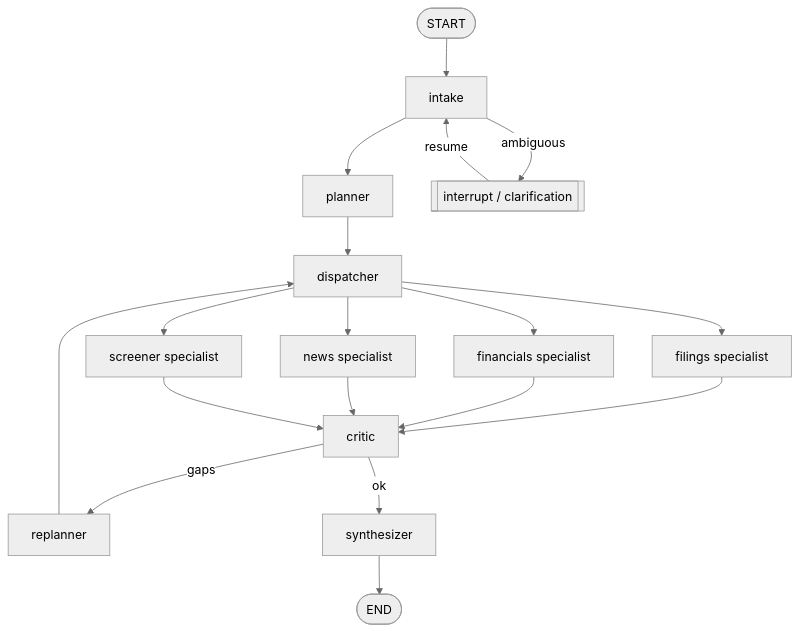
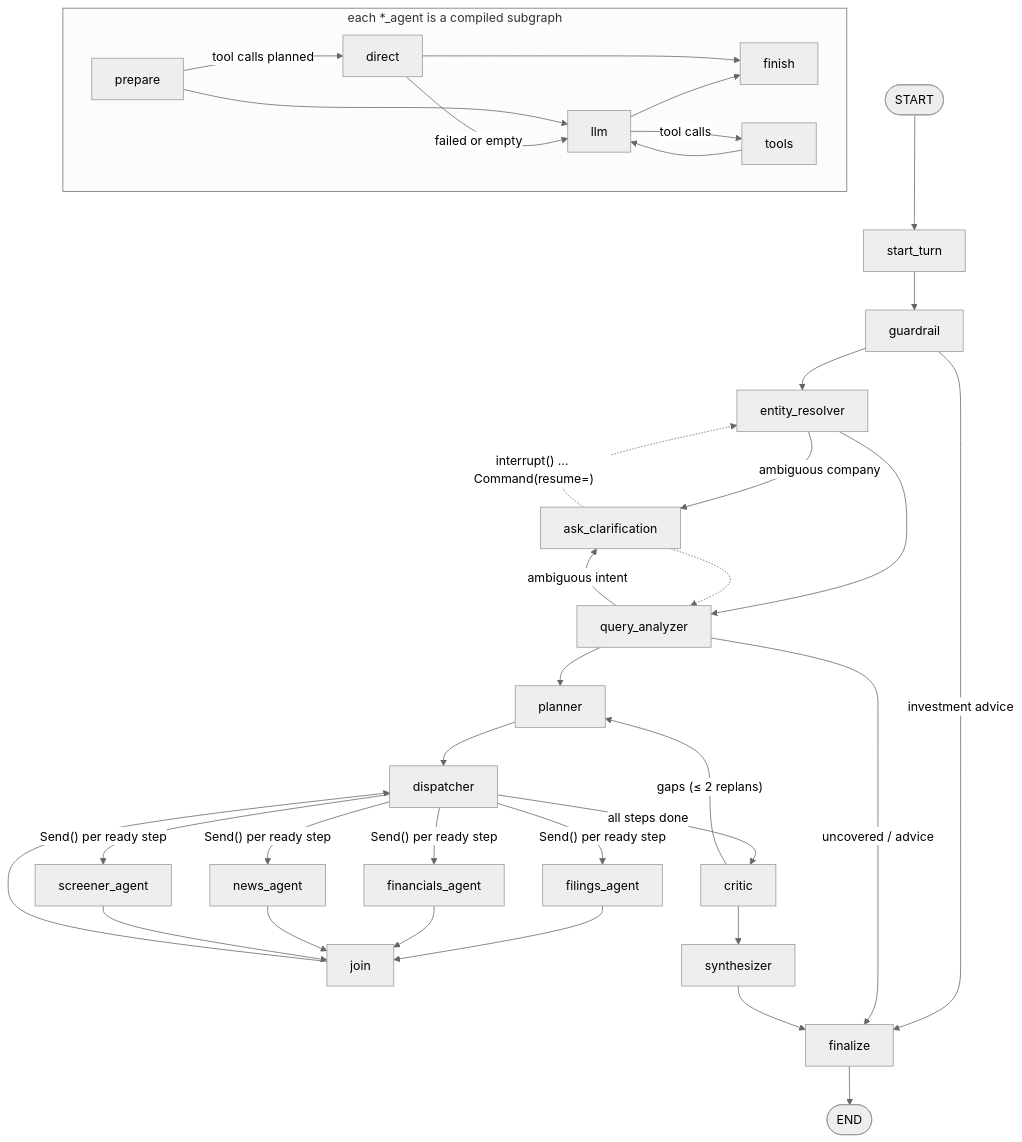
One commit to Devvv2607/Financial-Intelligence-Research-Agent changed the second of 2 diagrams in README.md. Above: the diagram before and after it, drawn with Mermaid (neutral theme). The commit also changed other lines of this file and 1 other file, not shown here.

````diff
--- a/README.md
+++ b/README.md
@@ -53,20 +125,28 @@
 ```mermaid
 flowchart TD
-    START([START]) --> INTAKE[intake]
-    INTAKE --> PLAN[planner]
-    PLAN --> DISPATCH[dispatcher]
-    DISPATCH --> FILINGS[filings specialist]
-    DISPATCH --> FIN[financials specialist]
-    DISPATCH --> NEWSN[news specialist]
-    DISPATCH --> SCREEN[screener specialist]
-    FILINGS --> CRITIC[critic]
-    FIN --> CRITIC
-    NEWSN --> CRITIC
-    SCREEN --> CRITIC
-    CRITIC -->|gaps| REPLAN[replanner]
-    REPLAN --> DISPATCH
-    CRITIC -->|ok| ANSWER[synthesizer]
-    INTAKE -->|ambiguous| INTERRUPT[[interrupt / clarification]]
-    INTERRUPT -->|resume| INTAKE
-    ANSWER --> END([END])
+    S([START]) --> start_turn --> guardrail
+    guardrail -->|investment advice| finalize
+    guardrail --> entity_resolver
+    entity_resolver -->|ambiguous company| ask_clarification
+    entity_resolver --> query_analyzer
+    query_analyzer -->|ambiguous intent| ask_clarification
+    query_analyzer -->|uncovered / advice| finalize
+    query_analyzer --> planner
+    ask_clarification -.->|"interrupt() … Command(resume=)"| entity_resolver
+    ask_clarification -.-> query_analyzer
+    planner --> dispatcher
+    dispatcher -->|"Send() per ready step"| filings_agent & financials_agent & news_agent & screener_agent
+    filings_agent & financials_agent & news_agent & screener_agent --> join --> dispatcher
+    dispatcher -->|all steps done| critic
+    critic -->|"gaps (≤ 2 replans)"| planner
+    critic --> synthesizer --> finalize --> E([END])
+
+    subgraph specialist["each *_agent is a compiled subgraph"]
+      prepare -->|tool calls planned| direct
+      prepare --> llm
+      direct -->|failed or empty| llm
+      direct --> finish
+      llm -->|tool calls| tools --> llm
+      llm --> finish
+    end
 ```
````
